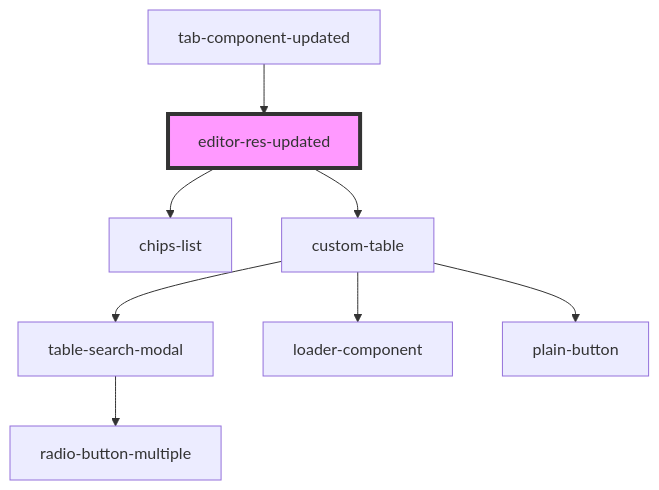
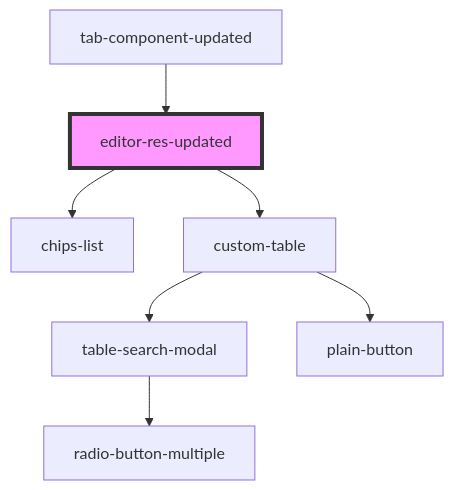
Before and after one commit to techvariable/NeptuneConnectComponents: the diagram in src/components/editor-res-updated/readme.md, drawn with Mermaid. The commit also changed 11 other files, not shown here.

````diff
--- a/src/components/editor-res-updated/readme.md
+++ b/src/components/editor-res-updated/readme.md
@@ -20,11 +20,10 @@
 ```mermaid
 graph TD;
   editor-res-updated --> chips-list
   editor-res-updated --> custom-table
   custom-table --> table-search-modal
-  custom-table --> loader-component
   custom-table --> plain-button
   table-search-modal --> radio-button-multiple
   tab-component-updated --> editor-res-updated
   style editor-res-updated fill:#f9f,stroke:#333,stroke-width:4px
 ```
````
